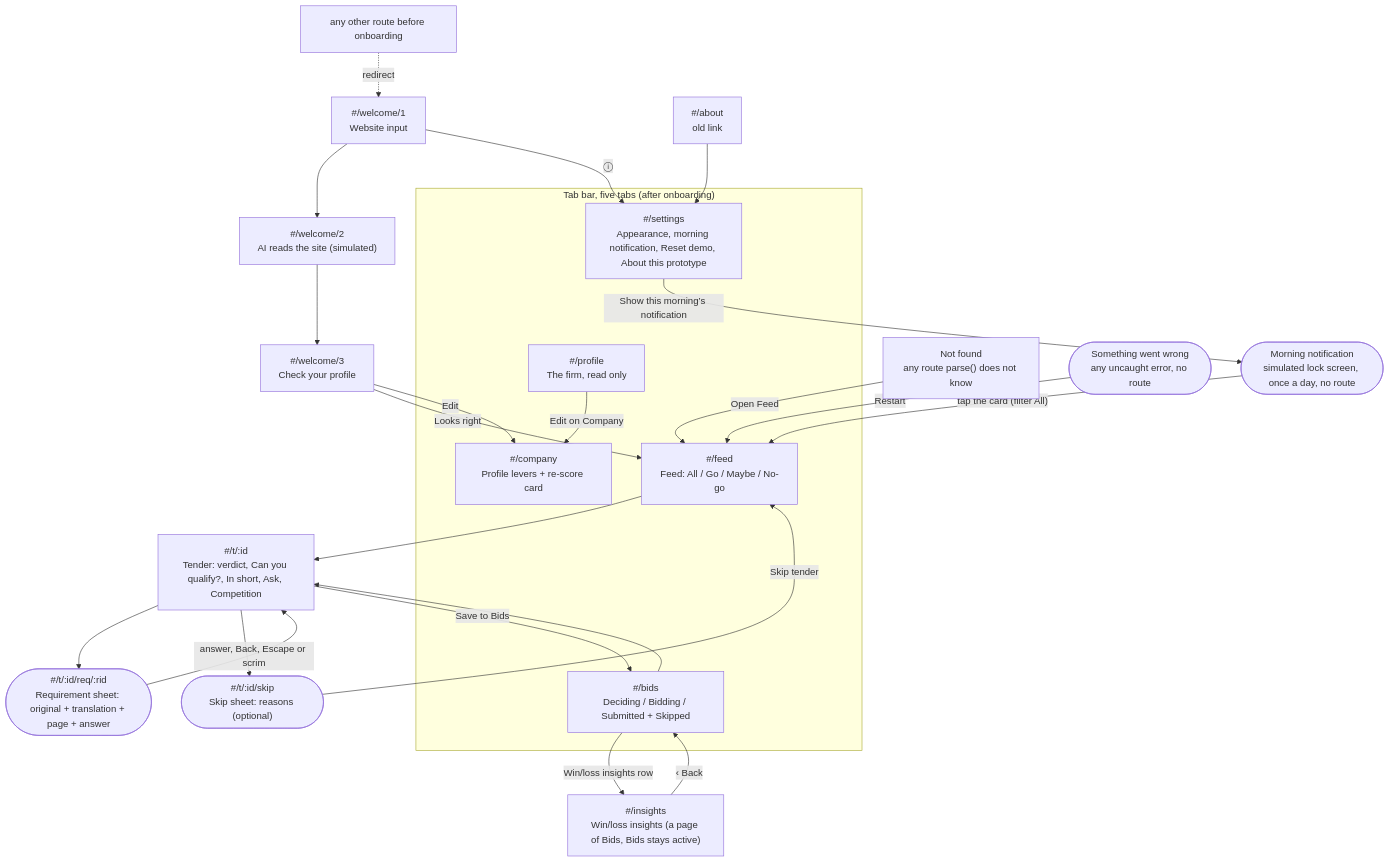
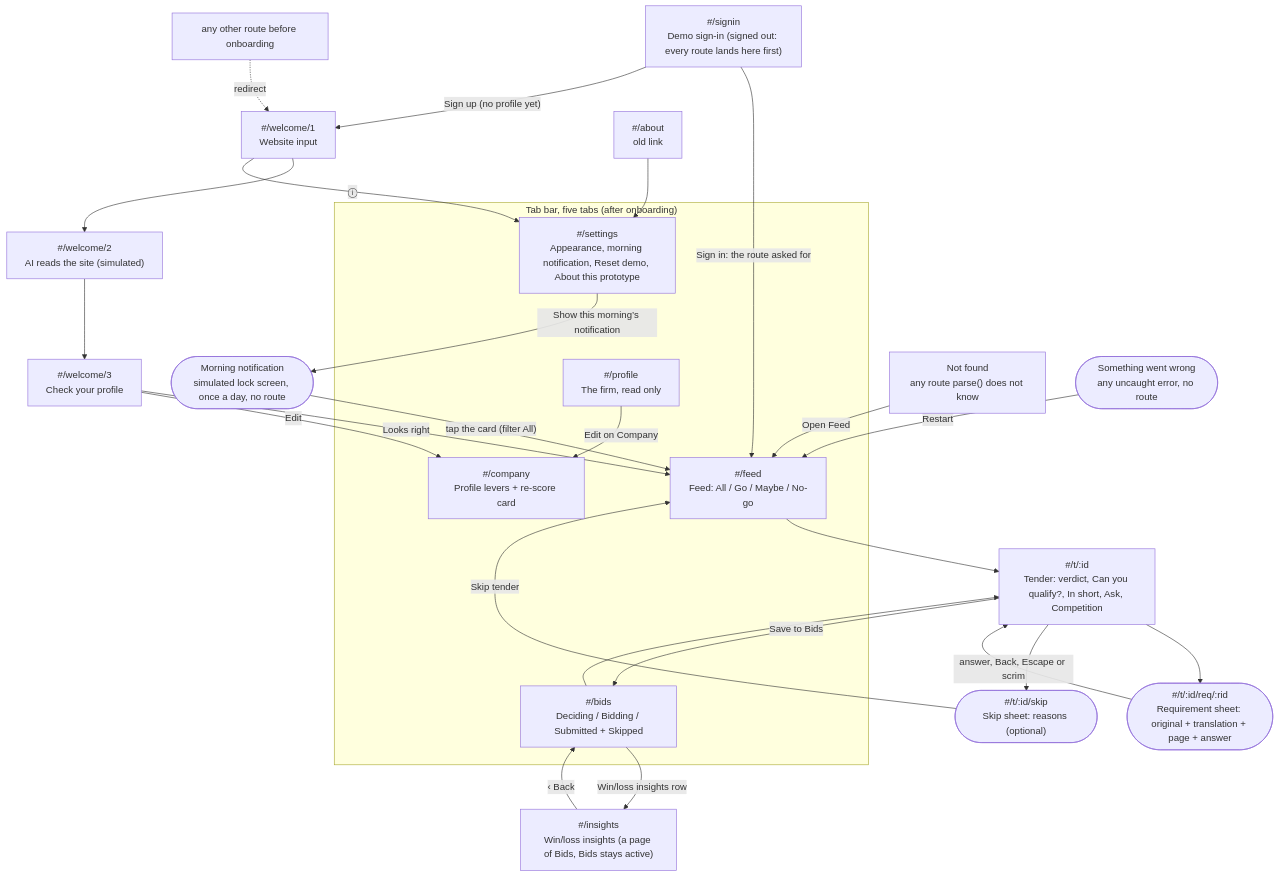
The diagram in docs/NAVIGATION.md (pioche8/ESCP-2627DT-C1), drawn with Mermaid before and after one commit. The commit also changed other lines of this file and 20 other files, not shown here.

First line of the commit message:
Pass 8 PR 5: a demo sign-in in front of every route, sign out on Settings

````diff
--- a/docs/NAVIGATION.md
+++ b/docs/NAVIGATION.md
@@ -35,31 +35,33 @@
 ```mermaid
 flowchart TD
   MN(["Morning notification<br/>simulated lock screen, once a day, no route"]) -- "tap the card (filter All)" --> F
+  SI["#/signin<br/>Demo sign-in (signed out: every route lands here first)"] -- "Sign in: the route asked for" --> F
+  SI -- "Sign up (no profile yet)" --> W1
   W1["#/welcome/1<br/>Website input"] --> W2["#/welcome/2<br/>AI reads the site (simulated)"] --> W3["#/welcome/3<br/>Check your profile"]
   W3 -- "Looks right" --> F
   W3 -- "Edit" --> C
   W1 -- "ⓘ" --> ST
   subgraph Tabs ["Tab bar, five tabs (after onboarding)"]
     F["#/feed<br/>Feed: All / Go / Maybe / No-go"]
     B["#/bids<br/>Deciding / Bidding / Submitted + Skipped"]
     C["#/company<br/>Profile levers + re-score card"]
     P["#/profile<br/>The firm, read only"]
     ST["#/settings<br/>Appearance, morning notification, Reset demo, About this prototype"]
   end
   WL["#/insights<br/>Win/loss insights (a page of Bids, Bids stays active)"]
   F --> D["#/t/:id<br/>Tender: verdict, Can you qualify?, In short, Ask, Competition"]
   B --> D
   D --> RS(["#/t/:id/req/:rid<br/>Requirement sheet: original + translation + page + answer"])
   D --> SK(["#/t/:id/skip<br/>Skip sheet: reasons (optional)"])
   RS -- "answer, Back, Escape or scrim" --> D
   SK -- "Skip tender" --> F
   D -- "Save to Bids" --> B
   B -- "Win/loss insights row" --> WL
   WL -- "‹ Back" --> B
   P -- "Edit on Company" --> C
   AB["#/about<br/>old link"] --> ST
   ST -- "Show this morning’s notification" --> MN
   PRE["any other route before onboarding"] -.->|"redirect"| W1
   NF["Not found<br/>any route parse() does not know"] -- "Open Feed" --> F
   ERR(["Something went wrong<br/>any uncaught error, no route"]) -- "Restart" --> F
 ```
````
